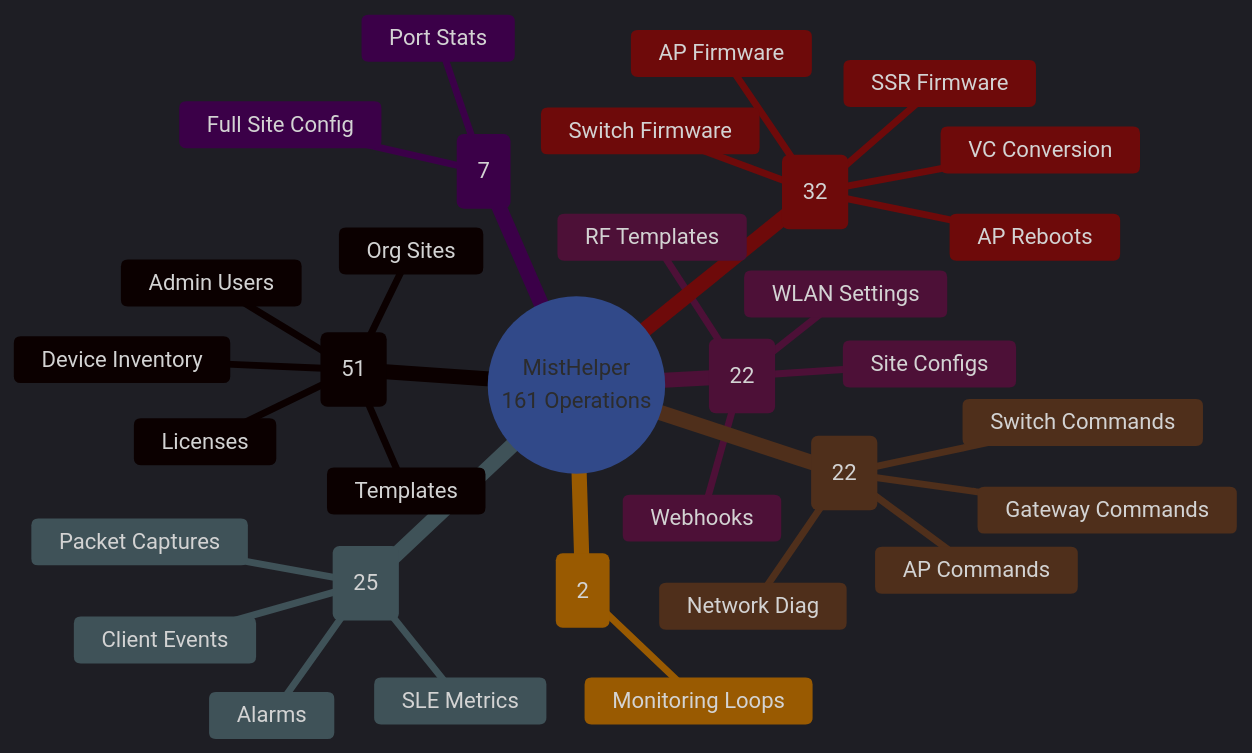
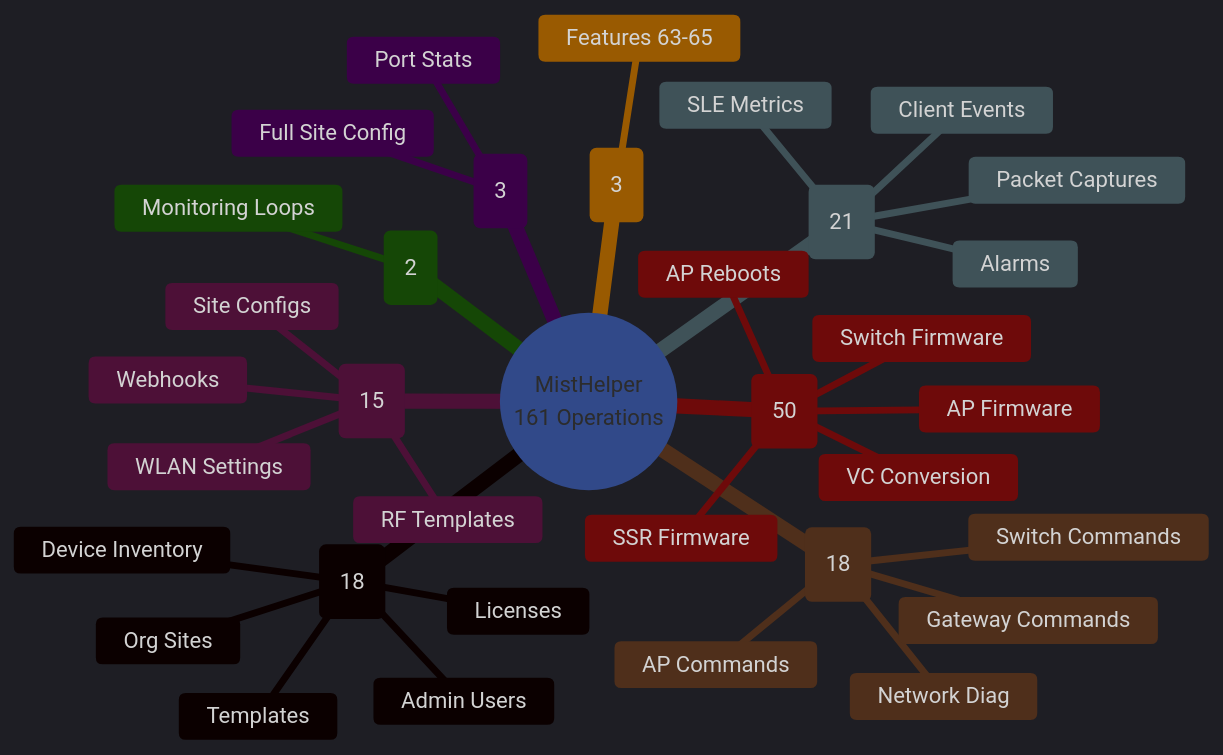
Before and after one commit to jmorrison-juniper/MistHelper: the second of 2 diagrams in README.md, drawn with Mermaid. The commit also changed other lines of this file, not shown here.

````diff
--- a/README.md
+++ b/README.md
@@ -94,46 +94,48 @@
 ```mermaid
 %%{init: {'theme': 'dark', 'themeVariables': {
   'primaryColor': '#E20074',
   'primaryTextColor': '#E0E0E0',
   'primaryBorderColor': '#99004D',
   'lineColor': '#FF4DA6',
   'secondaryColor': '#16213E',
   'tertiaryColor': '#1A1A2E',
   'fontFamily': 'ui-monospace, monospace'
 }}}%%
 mindmap
   root((MistHelper<br/>161 Operations))
-    Safe (51)
+    Safe (18)
       Org Sites
       Device Inventory
       Licenses
       Templates
       Admin Users
-    Interactive Safe (22)
+    Interactive Safe (15)
       Site Configs
       WLAN Settings
       RF Templates
       Webhooks
-    Interactive (25)
+    Interactive (21)
       Packet Captures
       SLE Metrics
       Client Events
       Alarms
-    WebSocket (22)
+    WebSocket (18)
       AP Commands
       Switch Commands
       Gateway Commands
       Network Diag
-    Destructive (32)
+    Destructive (50)
       ::icon(fa fa-warning)
       AP Firmware
       Switch Firmware
       SSR Firmware
       AP Reboots
       VC Conversion
-    Resource Intensive (7)
+    Resource Intensive (3)
       Port Stats
       Full Site Config
+    WIP (3)
+      Features 63-65
     Continuous (2)
       Monitoring Loops
 ```
````
